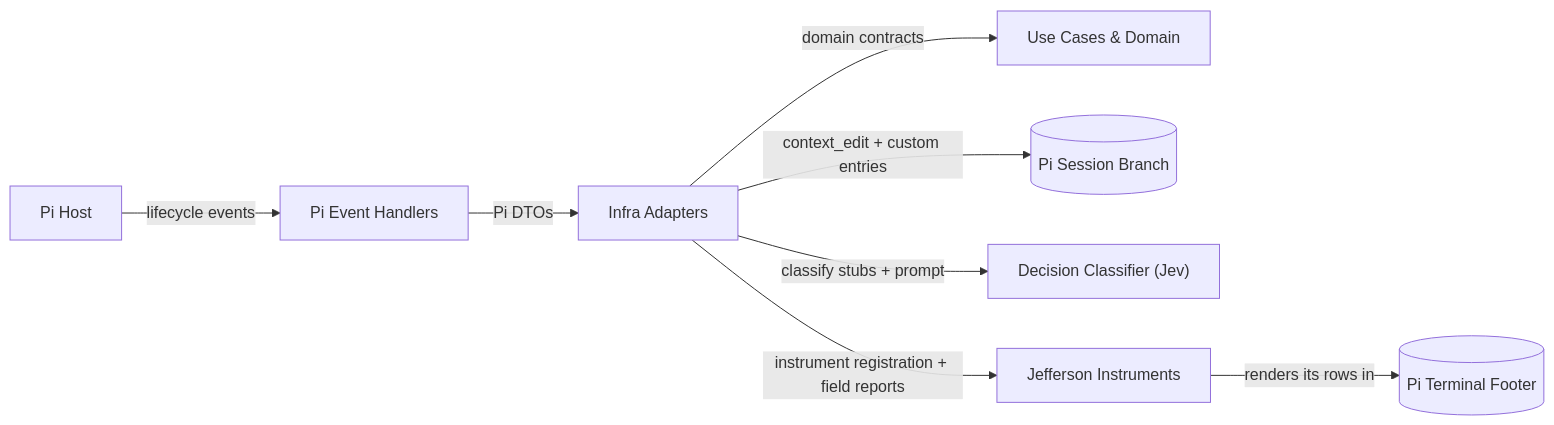
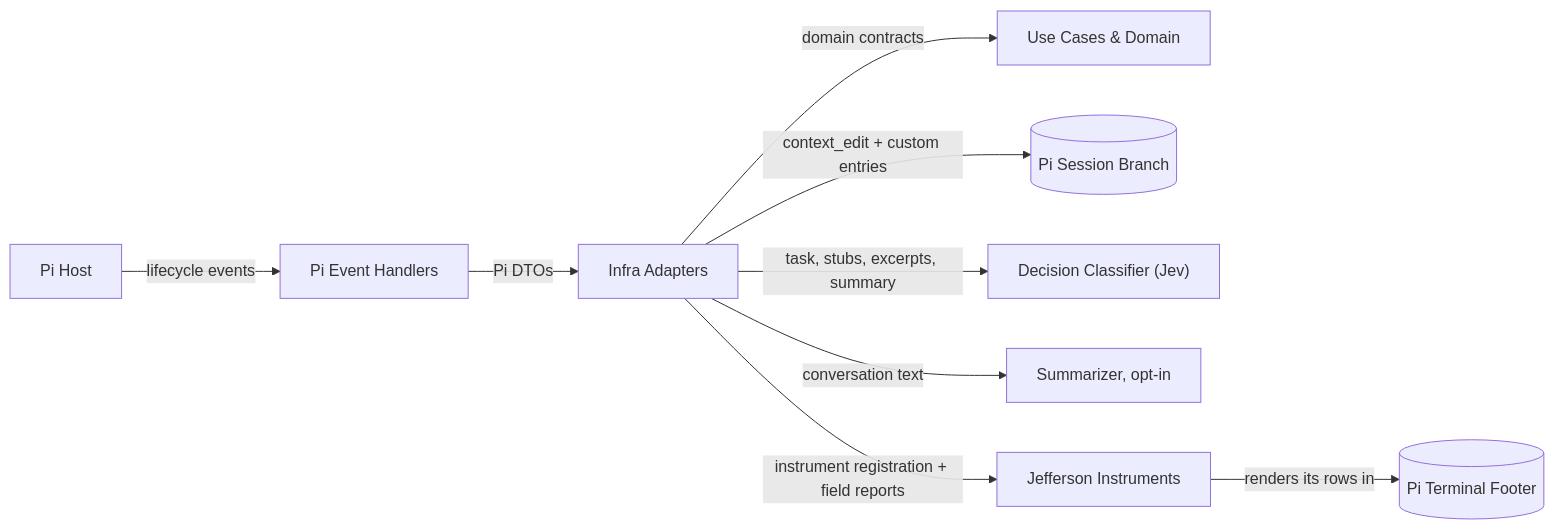
Before and after one commit to joelleibow/taiknr: the diagram in ARCHITECTURE.md, drawn with Mermaid. The commit also changed other lines of this file and 456 other files, not shown here.

First line of the commit message:
Sharpen recall: a calibrated question, file-name stubs, chunks, excerpts and an opt-in summary (#8)

````diff
--- a/ARCHITECTURE.md
+++ b/ARCHITECTURE.md
@@ -28,10 +28,11 @@
 ```mermaid
 flowchart LR
     pi["Pi Host"] -->|lifecycle events| handlers["Pi Event Handlers"]
     handlers -->|Pi DTOs| adapters["Infra Adapters"]
     adapters -->|domain contracts| usecases["Use Cases & Domain"]
     adapters -->|context_edit + custom entries| session[("Pi Session Branch")]
-    adapters -->|classify stubs + prompt| jev["Decision Classifier (Jev)"]
+    adapters -->|"task, stubs, excerpts, summary"| jev["Decision Classifier (Jev)"]
+    adapters -->|"conversation text"| summarizer["Summarizer, opt-in"]
     adapters -->|"instrument registration + field reports"| jefferson["Jefferson Instruments"]
     jefferson -->|renders its rows in| footer[("Pi Terminal Footer")]
 ```
````
